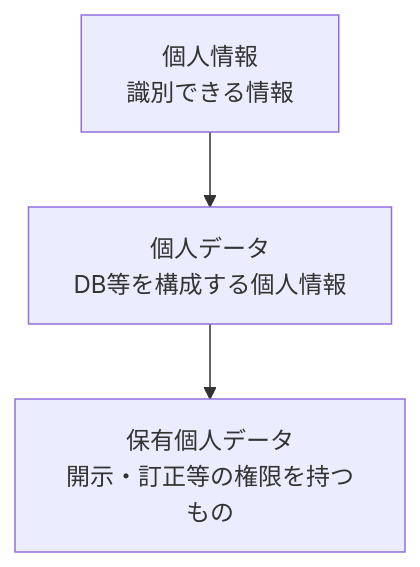
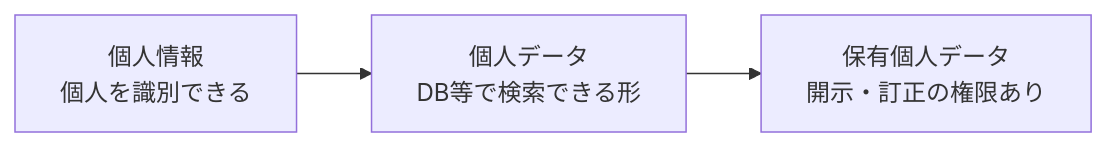
The second of 2 diagrams in content/notes/law-ethics.md (PlumaHatchery/llm-study), drawn with Mermaid before and after one commit. The commit also changed other lines of this file and 12 other files, not shown here.

````diff
--- a/content/notes/law-ethics.md
+++ b/content/notes/law-ethics.md
@@ -12,5 +18,5 @@
 ```mermaid
-flowchart TD
-  A["個人情報<br/>識別できる情報"] --> B["個人データ<br/>DB等を構成する個人情報"]
-  B --> C["保有個人データ<br/>開示・訂正等の権限を持つもの"]
+flowchart LR
+  A["個人情報<br/>個人を識別できる"] --> B["個人データ<br/>DB等で検索できる形"]
+  B --> C["保有個人データ<br/>開示・訂正の権限あり"]
 ```
````
